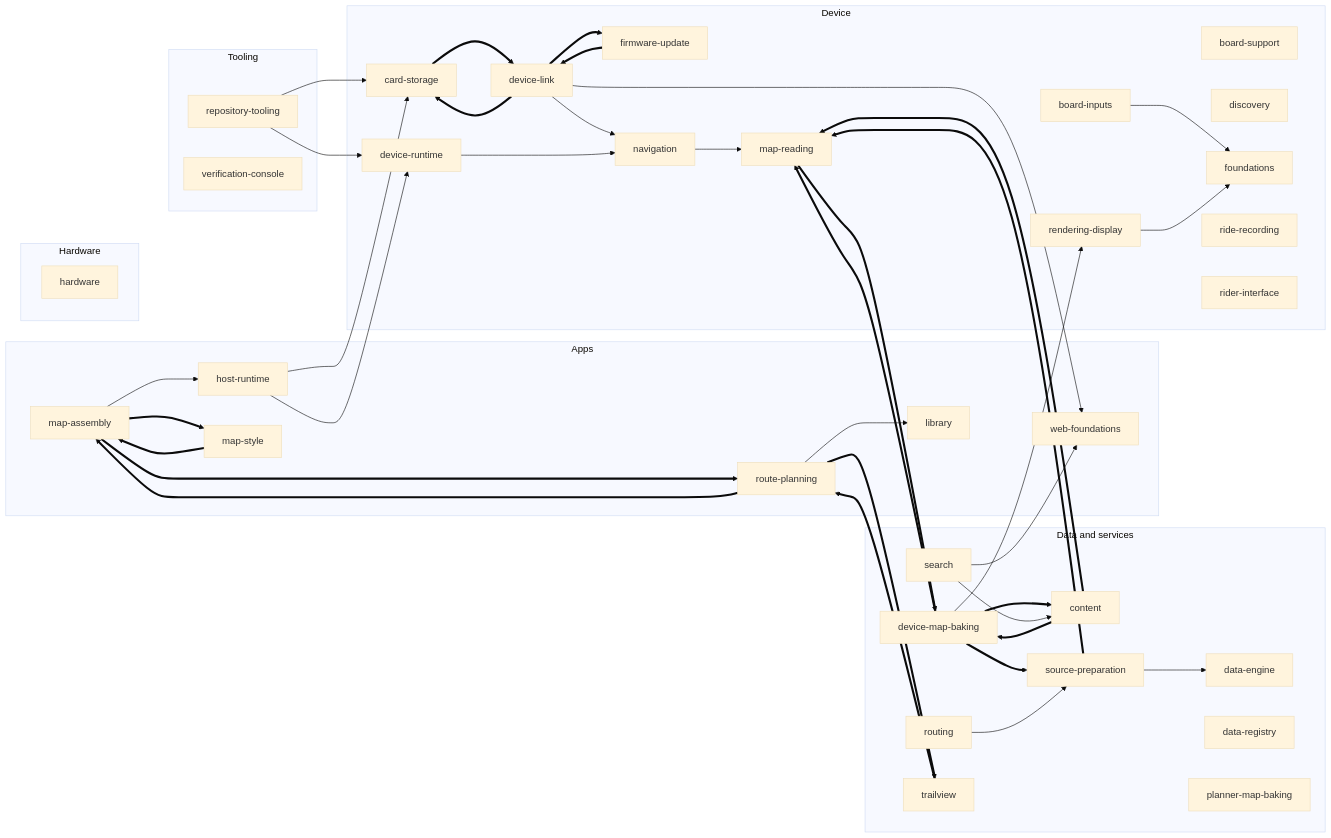
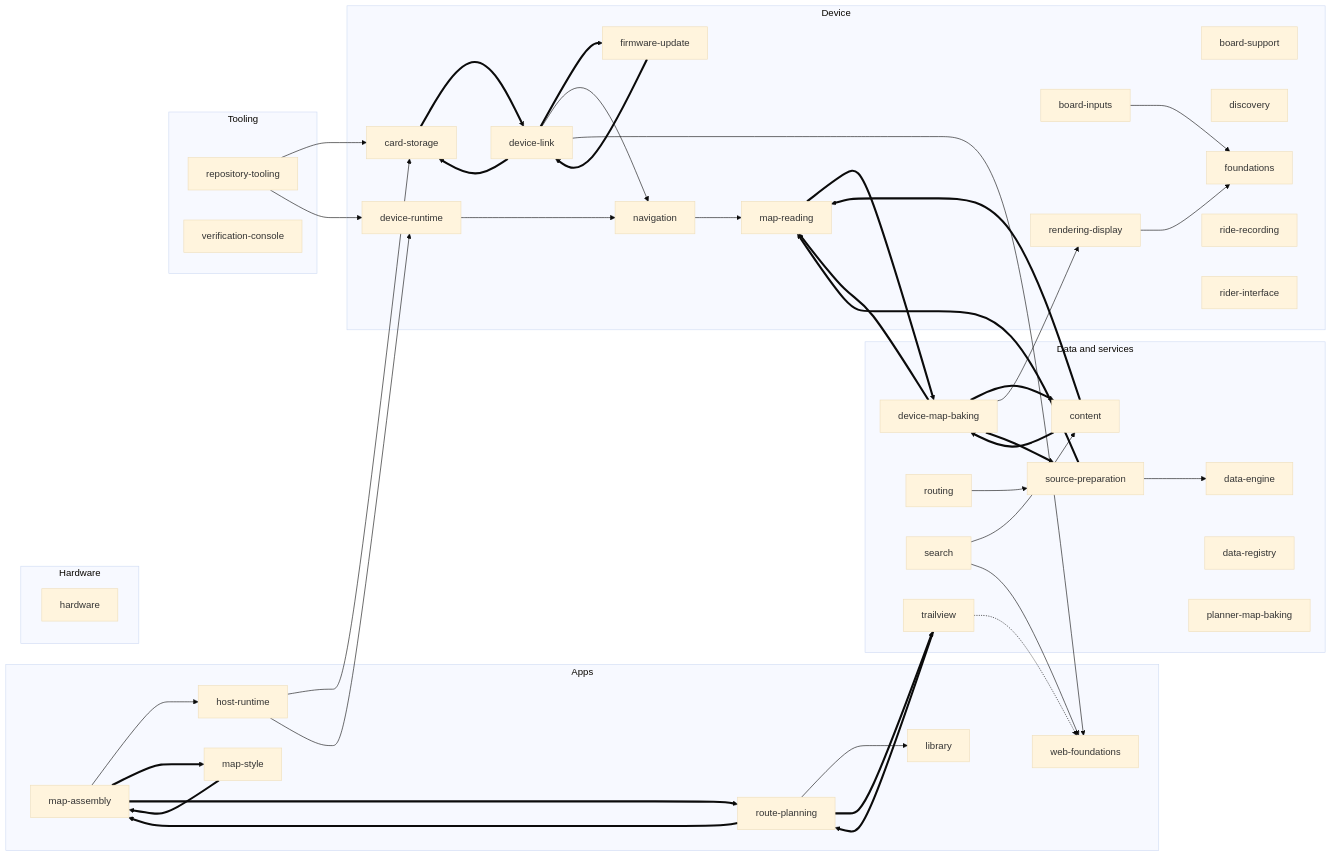
One commit to timohueser/OpenBikeComputer changed the diagram in docs/design/README.md. Above: the diagram before and after it, drawn with Mermaid (base theme). The commit also changed other lines of this file and 5 other files, not shown here.

````diff
--- a/docs/design/README.md
+++ b/docs/design/README.md
@@ -9,78 +9,79 @@
 ```mermaid
 flowchart LR
   subgraph area0["Apps"]
     s_host_runtime["host-runtime"]
     s_library["library"]
     s_map_assembly["map-assembly"]
     s_map_style["map-style"]
     s_route_planning["route-planning"]
     s_web_foundations["web-foundations"]
   end
   subgraph area1["Data and services"]
     s_content["content"]
     s_data_engine["data-engine"]
     s_data_registry["data-registry"]
     s_device_map_baking["device-map-baking"]
     s_planner_map_baking["planner-map-baking"]
     s_routing["routing"]
     s_search["search"]
     s_source_preparation["source-preparation"]
     s_trailview["trailview"]
   end
   subgraph area2["Device"]
     s_board_inputs["board-inputs"]
     s_board_support["board-support"]
     s_card_storage["card-storage"]
     s_device_link["device-link"]
     s_device_runtime["device-runtime"]
     s_discovery["discovery"]
     s_firmware_update["firmware-update"]
     s_foundations["foundations"]
     s_map_reading["map-reading"]
     s_navigation["navigation"]
     s_rendering_display["rendering-display"]
     s_ride_recording["ride-recording"]
     s_rider_interface["rider-interface"]
   end
   subgraph area3["Hardware"]
     s_hardware["hardware"]
   end
   subgraph area4["Tooling"]
     s_repository_tooling["repository-tooling"]
     s_verification_console["verification-console"]
   end
   s_board_inputs --> s_foundations
   s_card_storage ==> s_device_link
   s_content ==> s_device_map_baking
   s_content ==> s_map_reading
   s_device_link ==> s_card_storage
   s_device_link ==> s_firmware_update
   s_device_link --> s_navigation
   s_device_link --> s_web_foundations
   s_device_map_baking ==> s_content
   s_device_map_baking ==> s_map_reading
   s_device_map_baking --> s_rendering_display
   s_device_map_baking ==> s_source_preparation
   s_device_runtime --> s_navigation
   s_firmware_update ==> s_device_link
   s_host_runtime --> s_card_storage
   s_host_runtime --> s_device_runtime
   s_map_assembly --> s_host_runtime
   s_map_assembly ==> s_map_style
   s_map_assembly ==> s_route_planning
   s_map_reading ==> s_device_map_baking
   s_map_style ==> s_map_assembly
   s_navigation --> s_map_reading
   s_rendering_display --> s_foundations
   s_repository_tooling --> s_card_storage
   s_repository_tooling --> s_device_runtime
   s_route_planning --> s_library
   s_route_planning ==> s_map_assembly
   s_route_planning ==> s_trailview
   s_routing --> s_source_preparation
   s_search --> s_content
   s_search --> s_web_foundations
   s_source_preparation --> s_data_engine
   s_source_preparation ==> s_map_reading
   s_trailview ==> s_route_planning
+  s_trailview -.-> s_web_foundations
 ```
````
